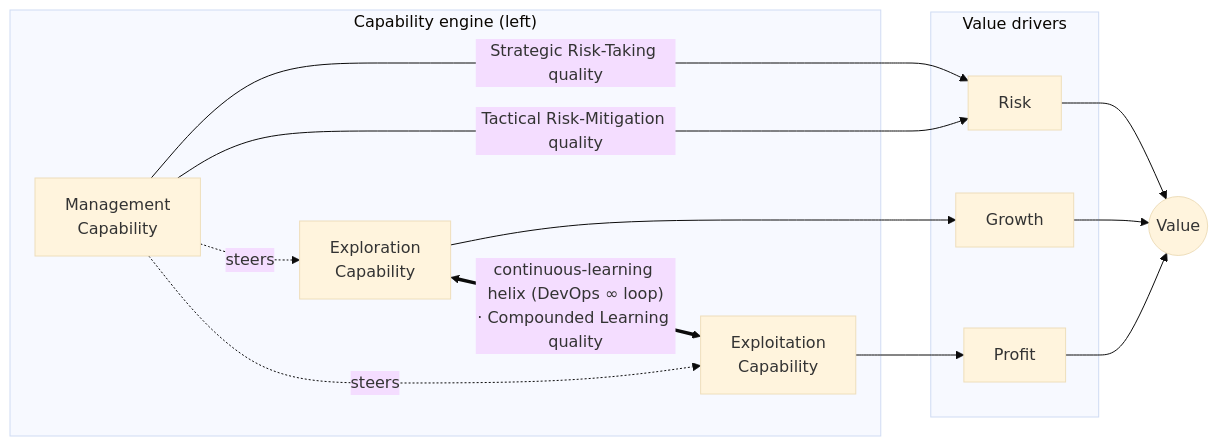
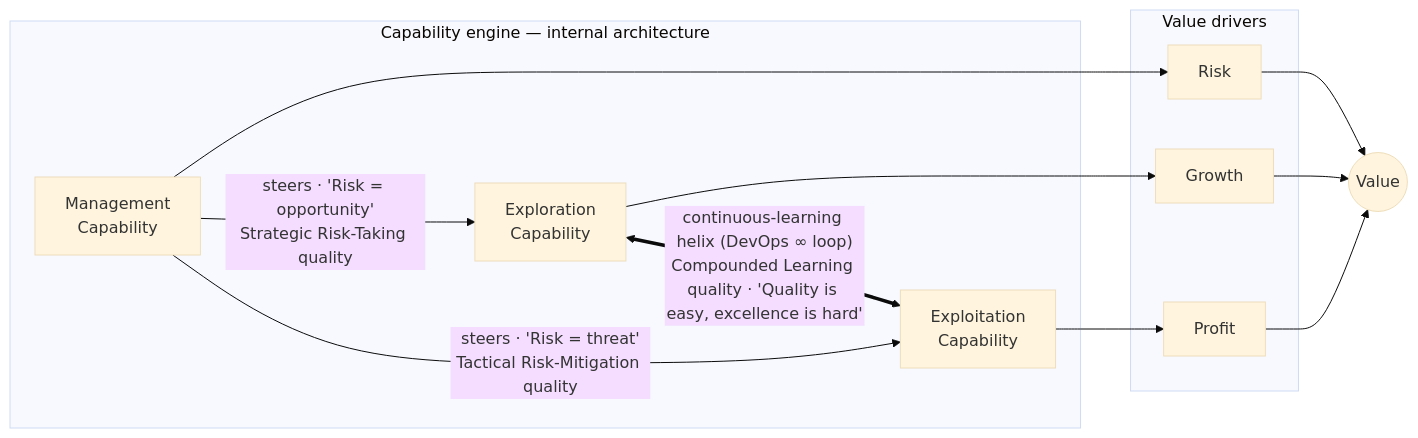
The diagram in wiki/concepts/cmr-framework.md (businessdatasolutions/cmr-wiki), drawn with Mermaid (base theme) before and after one commit. The commit also changed other lines of this file and 1 other file, not shown here.

First line of the commit message:
docs(cmr-framework): add guiding principles, split risk lenses onto loops, embed diagram PNG

````diff
--- a/wiki/concepts/cmr-framework.md
+++ b/wiki/concepts/cmr-framework.md
@@ -48,26 +52,25 @@
 ```mermaid
 flowchart LR
-  subgraph ENGINE["Capability engine (left)"]
+  subgraph ENGINE["Capability engine — internal architecture"]
     EXPL["Exploration<br/>Capability"]
     EXPT["Exploitation<br/>Capability"]
     MGMT["Management<br/>Capability"]
   end
   subgraph DRIVERS["Value drivers"]
     GROW["Growth"]
     PROF["Profit"]
     RISK["Risk"]
   end
   VAL(("Value"))
 
   EXPL --> GROW
   EXPT --> PROF
-  MGMT -- "Strategic Risk-Taking quality" --> RISK
-  MGMT -- "Tactical Risk-Mitigation quality" --> RISK
-  MGMT -.->|steers| EXPL
-  MGMT -.->|steers| EXPT
+  MGMT --> RISK
+  MGMT -- "steers · 'Risk = opportunity'<br/>Strategic Risk-Taking quality" --> EXPL
+  MGMT -- "steers · 'Risk = threat'<br/>Tactical Risk-Mitigation quality" --> EXPT
   GROW --> VAL
   PROF --> VAL
   RISK --> VAL
 
-  EXPL <== "continuous-learning helix (DevOps ∞ loop)<br/>· Compounded Learning quality" ==> EXPT
+  EXPL <== "continuous-learning helix (DevOps ∞ loop)<br/>Compounded Learning quality · 'Quality is easy, excellence is hard'" ==> EXPT
 ```
````
